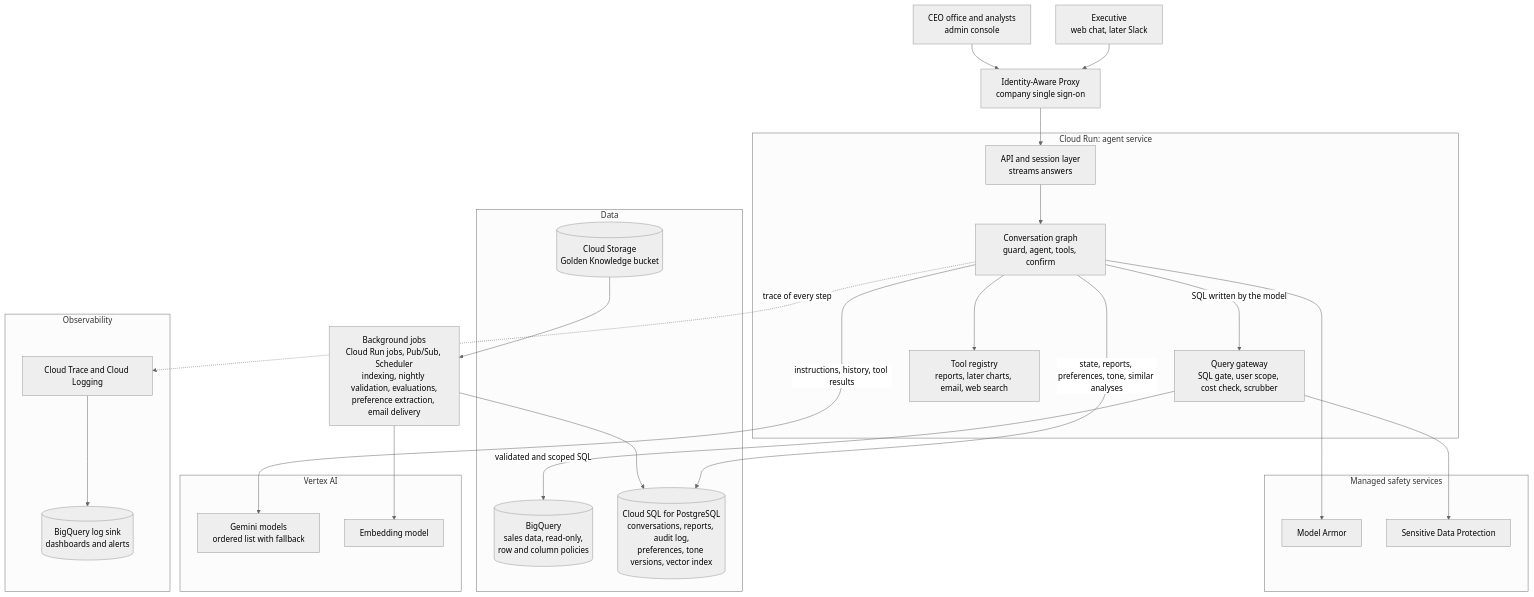
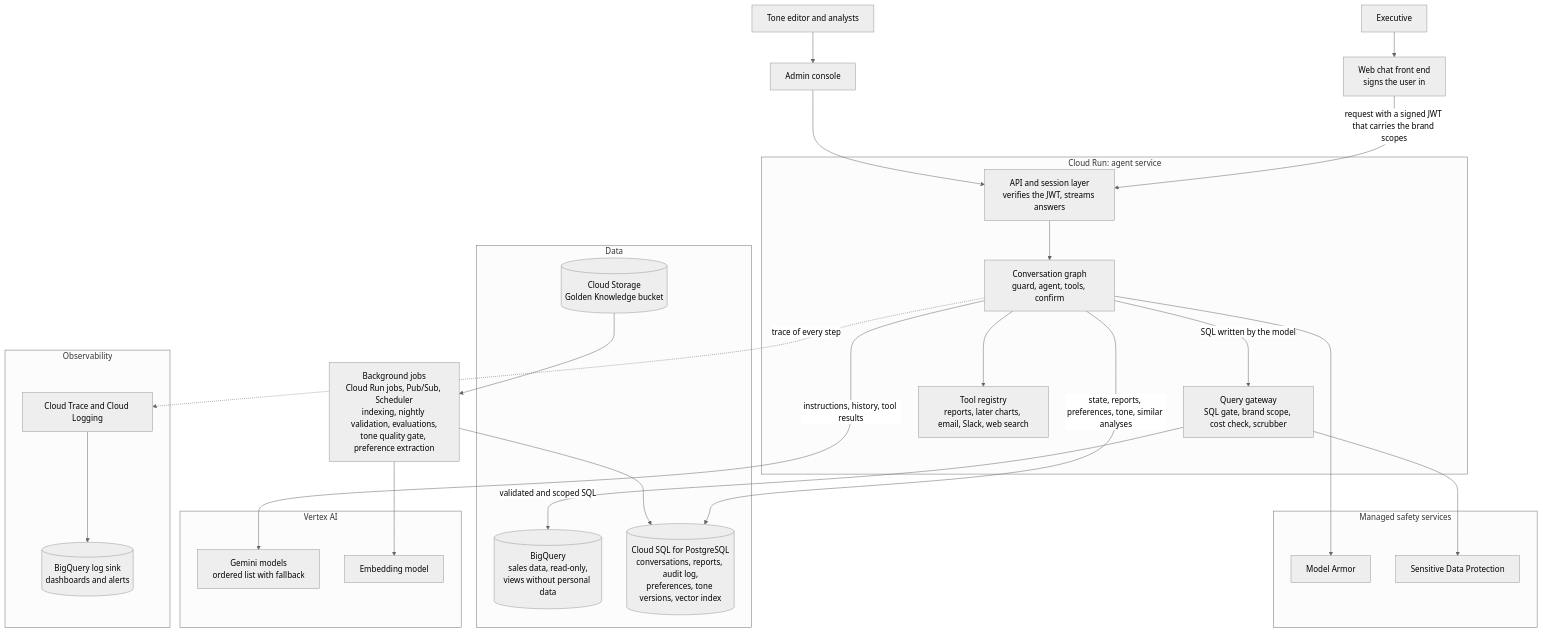
One commit to rupszi/tech-demo-retail-05 changed the first of 6 diagrams in docs/DESIGN.md. Above: the diagram before and after it, drawn with Mermaid (neutral theme). The commit also changed other lines of this file and 8 other files, not shown here.

````diff
--- a/docs/DESIGN.md
+++ b/docs/DESIGN.md
@@ -42,53 +42,55 @@
 ```mermaid
 flowchart TB
-    exec["Executive<br/>web chat, later Slack"]
-    admin["CEO office and analysts<br/>admin console"]
-    iap["Identity-Aware Proxy<br/>company single sign-on"]
+    exec["Executive"]
+    fe["Web chat front end<br/>signs the user in"]
+    editor["Tone editor and analysts"]
+    console["Admin console"]
 
     subgraph run["Cloud Run: agent service"]
-        api["API and session layer<br/>streams answers"]
+        api["API and session layer<br/>verifies the JWT, streams answers"]
         agent["Conversation graph<br/>guard, agent, tools, confirm"]
-        gate["Query gateway<br/>SQL gate, user scope, cost check, scrubber"]
-        tools["Tool registry<br/>reports, later charts, email, web search"]
+        gate["Query gateway<br/>SQL gate, brand scope, cost check, scrubber"]
+        tools["Tool registry<br/>reports, later charts, email, Slack, web search"]
     end
 
     subgraph vertex["Vertex AI"]
         gemini["Gemini models<br/>ordered list with fallback"]
         embed["Embedding model"]
     end
 
     subgraph stores["Data"]
-        bq[("BigQuery<br/>sales data, read-only,<br/>row and column policies")]
+        bq[("BigQuery<br/>sales data, read-only,<br/>views without personal data")]
         pg[("Cloud SQL for PostgreSQL<br/>conversations, reports, audit log,<br/>preferences, tone versions, vector index")]
         gcs[("Cloud Storage<br/>Golden Knowledge bucket")]
     end
 
-    jobs["Background jobs<br/>Cloud Run jobs, Pub/Sub, Scheduler<br/>indexing, nightly validation, evaluations,<br/>preference extraction, email delivery"]
+    jobs["Background jobs<br/>Cloud Run jobs, Pub/Sub, Scheduler<br/>indexing, nightly validation, evaluations,<br/>tone quality gate, preference extraction"]
 
     subgraph safety["Managed safety services"]
         armor["Model Armor"]
         dlp["Sensitive Data Protection"]
     end
 
     subgraph obs["Observability"]
         trace["Cloud Trace and Cloud Logging"]
         logs[("BigQuery log sink<br/>dashboards and alerts")]
     end
 
-    exec --> iap
-    admin --> iap
-    iap --> api
+    exec --> fe
+    fe -->|request with a signed JWT that carries the brand scopes| api
+    editor --> console
+    console --> api
     api --> agent
     agent -->|instructions, history, tool results| gemini
     agent --> tools
     agent -->|SQL written by the model| gate
     gate -->|validated and scoped SQL| bq
     agent -->|state, reports, preferences, tone, similar analyses| pg
     agent --> armor
     gate --> dlp
     gcs --> jobs
     jobs --> embed
     jobs --> pg
     agent -.->|trace of every step| trace
     trace --> logs
 ```
````
